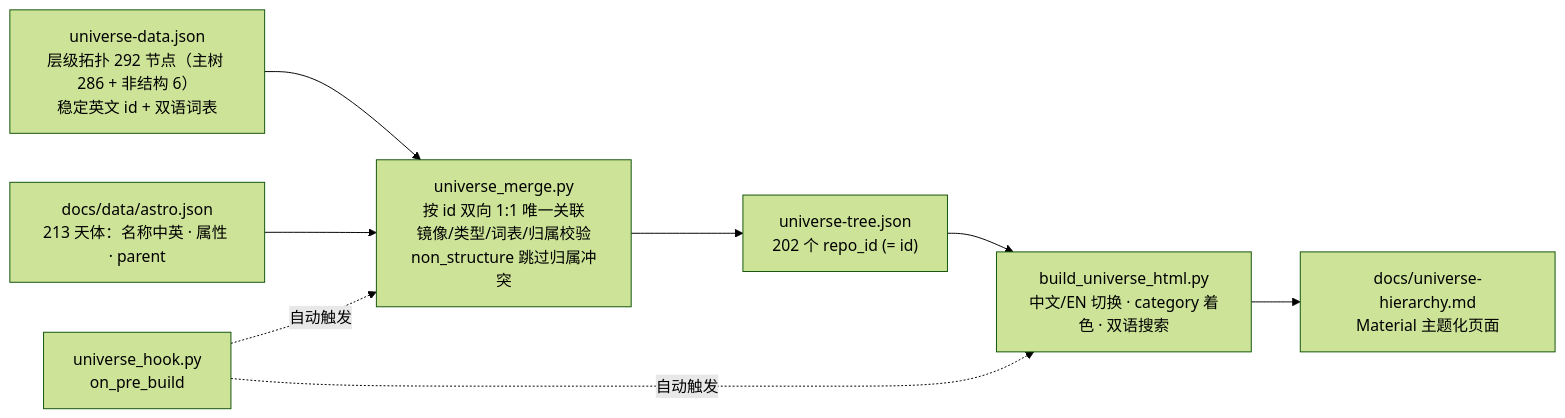
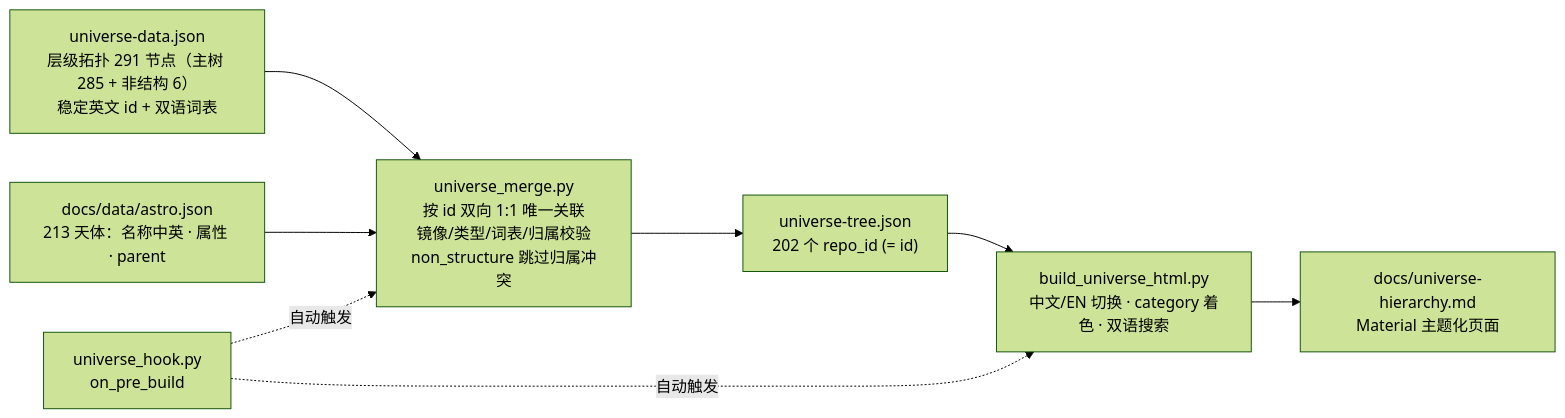
One commit to yufengwolf/astro-blog changed the second of 3 diagrams in README.md. Above: the diagram before and after it, drawn with Mermaid (forest theme). The commit also changed other lines of this file and 5 other files, not shown here.

````diff
--- a/README.md
+++ b/README.md
@@ -236,10 +236,10 @@
 ```mermaid
 flowchart LR
-    UD["universe-data.json<br/>层级拓扑 292 节点（主树 286 + 非结构 6）<br/>稳定英文 id + 双语词表"] --> M["universe_merge.py<br/>按 id 双向 1:1 唯一关联<br/>镜像/类型/词表/归属校验<br/>non_structure 跳过归属冲突"]
+    UD["universe-data.json<br/>层级拓扑 291 节点（主树 285 + 非结构 6）<br/>稳定英文 id + 双语词表"] --> M["universe_merge.py<br/>按 id 双向 1:1 唯一关联<br/>镜像/类型/词表/归属校验<br/>non_structure 跳过归属冲突"]
     AS["docs/data/astro.json<br/>213 天体：名称中英 · 属性 · parent"] --> M
     M --> UT["universe-tree.json<br/>202 个 repo_id (= id)"]
     UT --> B["build_universe_html.py<br/>中文/EN 切换 · category 着色 · 双语搜索"]
     B --> PG["docs/universe-hierarchy.md<br/>Material 主题化页面"]
     H["universe_hook.py<br/>on_pre_build"] -. 自动触发 .-> M
     H -. 自动触发 .-> B
 ```
````
